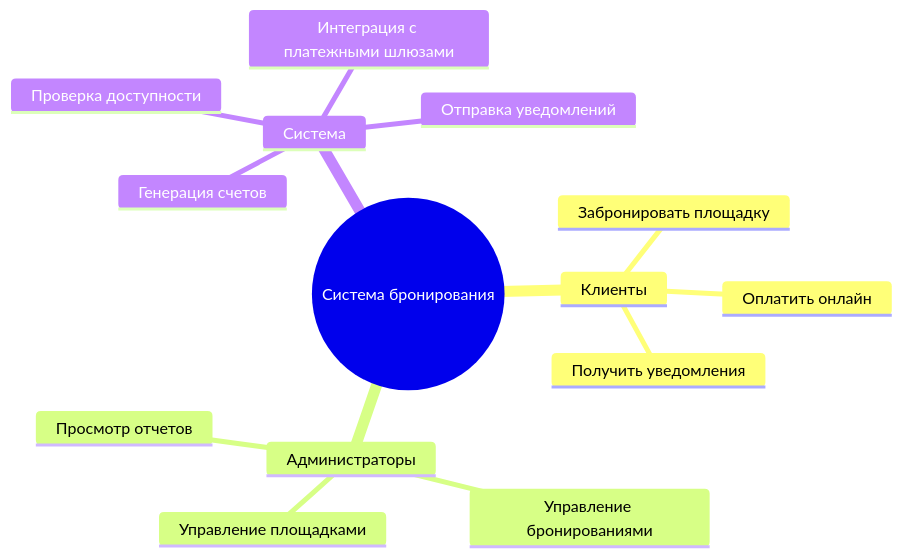
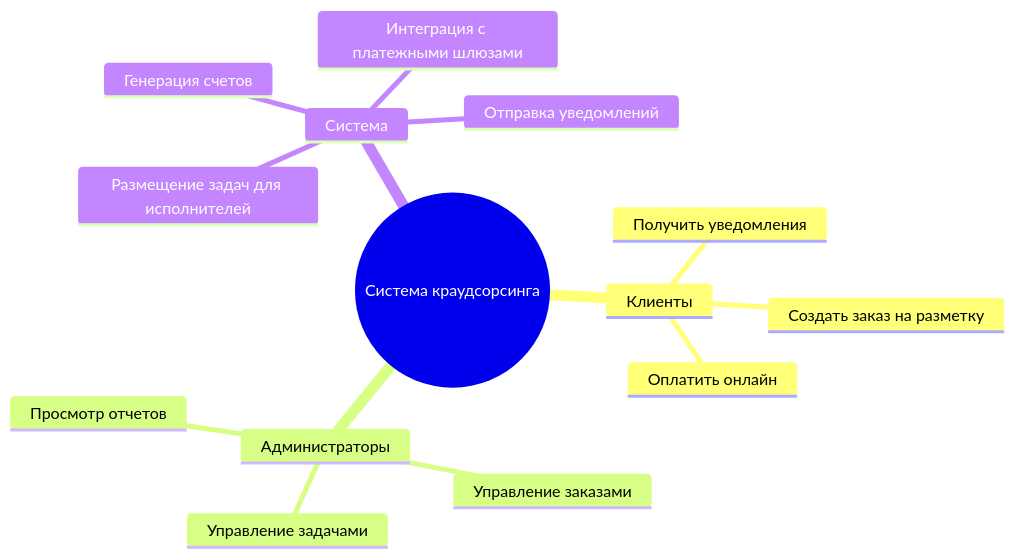
Before and after one commit to Flak34/coursework-frontend: the fourth of 4 diagrams in README.md, drawn with Mermaid. The commit also changed other lines of this file, not shown here.

````diff
--- a/README.md
+++ b/README.md
@@ -80,17 +80,17 @@
 ``` mermaid
 mindmap
-  root((Система бронирования))
+  root((Система краудсорсинга))
     Клиенты
-      Забронировать площадку
+      Создать заказ на разметку
       Оплатить онлайн
       Получить уведомления
     Администраторы
-      Управление бронированиями
-      Управление площадками
+      Управление заказами
+      Управление задачами
       Просмотр отчетов
     Система
-      Проверка доступности
+      Размещение задач для исполнителей
       Генерация счетов
       Интеграция с платежными шлюзами
       Отправка уведомлений
 ```
````
